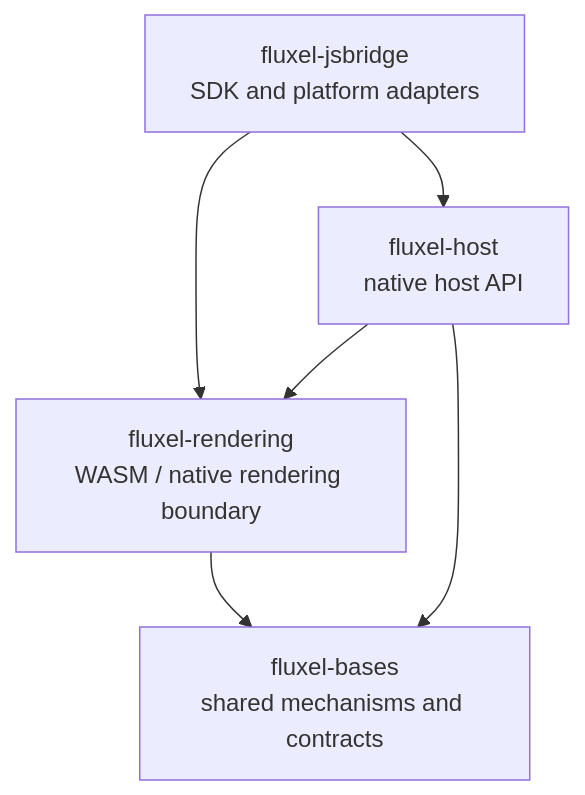
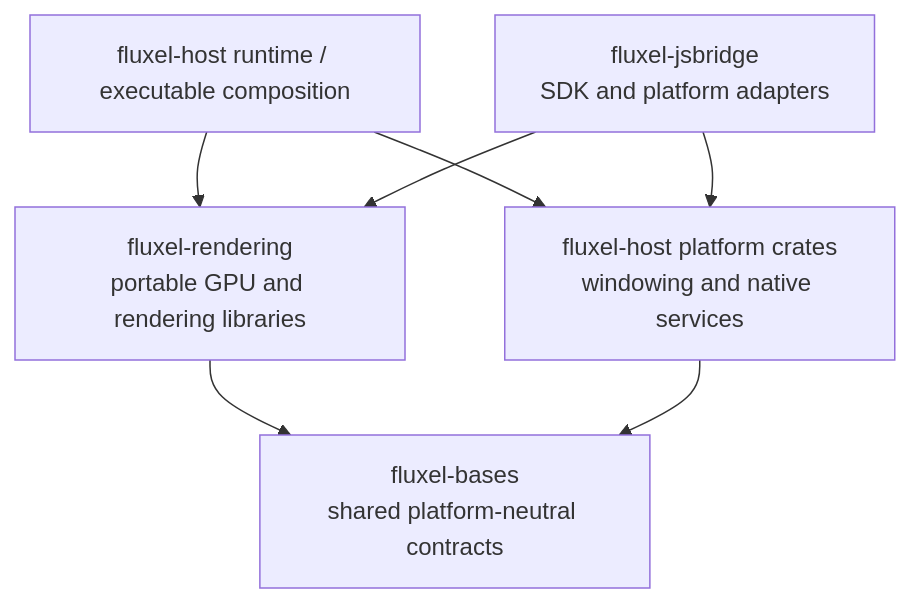
The diagram in ECOSYSTEM_ARCHITECTURE.md (fluxel-project/.github), drawn with Mermaid before and after one commit. The commit also changed other lines of this file and 5 other files, not shown here.

Commit message:
docs: converge ecosystem architecture and roadmap

````diff
--- a/ECOSYSTEM_ARCHITECTURE.md
+++ b/ECOSYSTEM_ARCHITECTURE.md
@@ -28,8 +14,15 @@
 ```mermaid
 flowchart TD
-    js["fluxel-jsbridge\nSDK and platform adapters"] --> rendering["fluxel-rendering\nWASM / native rendering boundary"]
-    js --> host["fluxel-host\nnative host API"]
-    host --> rendering
-    host --> bases["fluxel-bases\nshared mechanisms and contracts"]
+    bases["fluxel-bases\nshared platform-neutral contracts"]
+    rendering["fluxel-rendering\nportable GPU and rendering libraries"]
+    platform["fluxel-host platform crates\nwindowing and native services"]
+    runtime["fluxel-host runtime / executable composition"]
+    js["fluxel-jsbridge\nSDK and platform adapters"]
+
     rendering --> bases
+    platform --> bases
+    runtime --> platform
+    runtime --> rendering
+    js --> rendering
+    js --> platform
 ```
````
